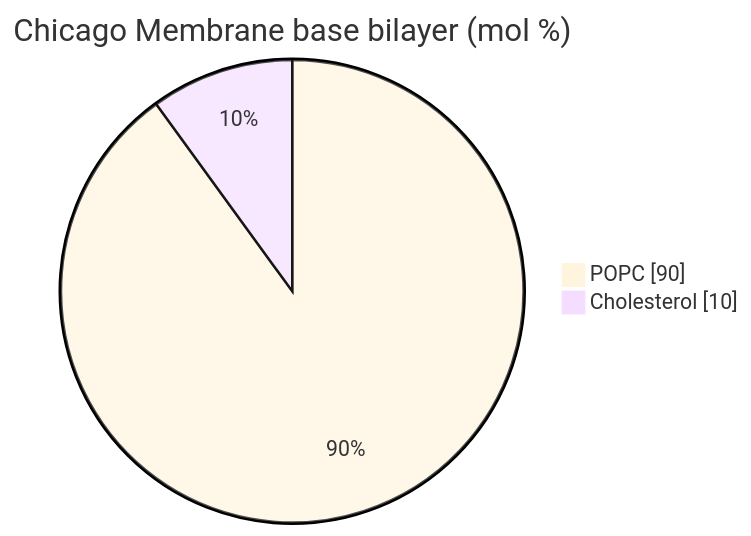
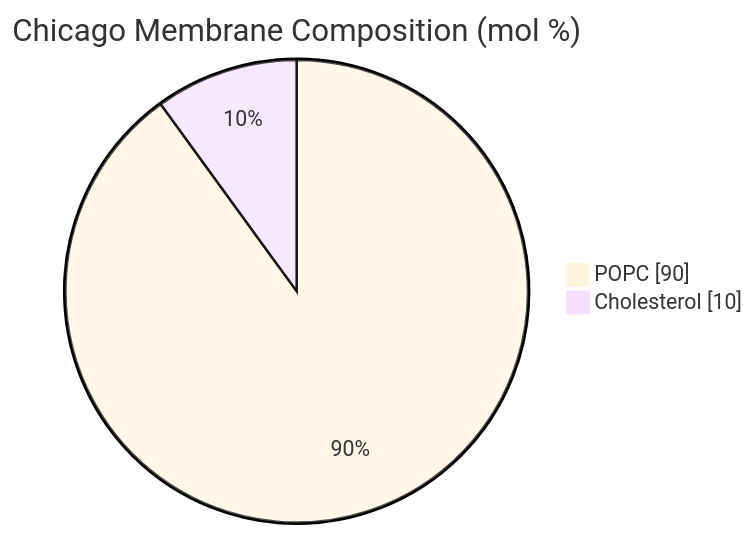
Before and after one commit to nucleus-eng/nucleus-docs: the diagram in docs/modules/membrane-popc-chol-chicago/spec.md, drawn with Mermaid. The commit also changed other lines of this file and 7 other files, not shown here.

````diff
--- a/docs/modules/membrane-popc-chol-chicago/spec.md
+++ b/docs/modules/membrane-popc-chol-chicago/spec.md
@@ -20,7 +18,7 @@
 ```mermaid
 %%{init: {'theme': 'base', 'themeVariables': {'lineColor': '#555555', 'edgeLabelBackground': '#ffffff'}}}%%
 pie showData
-    title Chicago Membrane base bilayer (mol %)
+    title Chicago Membrane Composition (mol %)
     "POPC" : 90
     "Cholesterol" : 10
 ```
````
